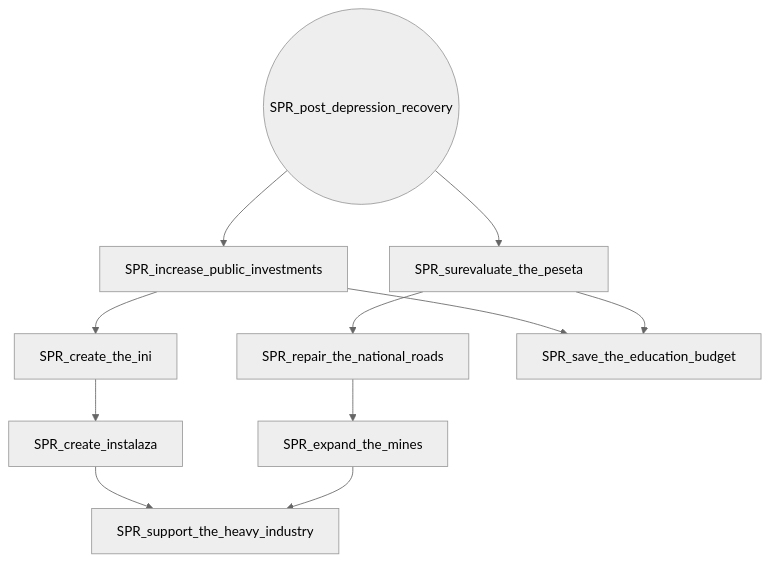
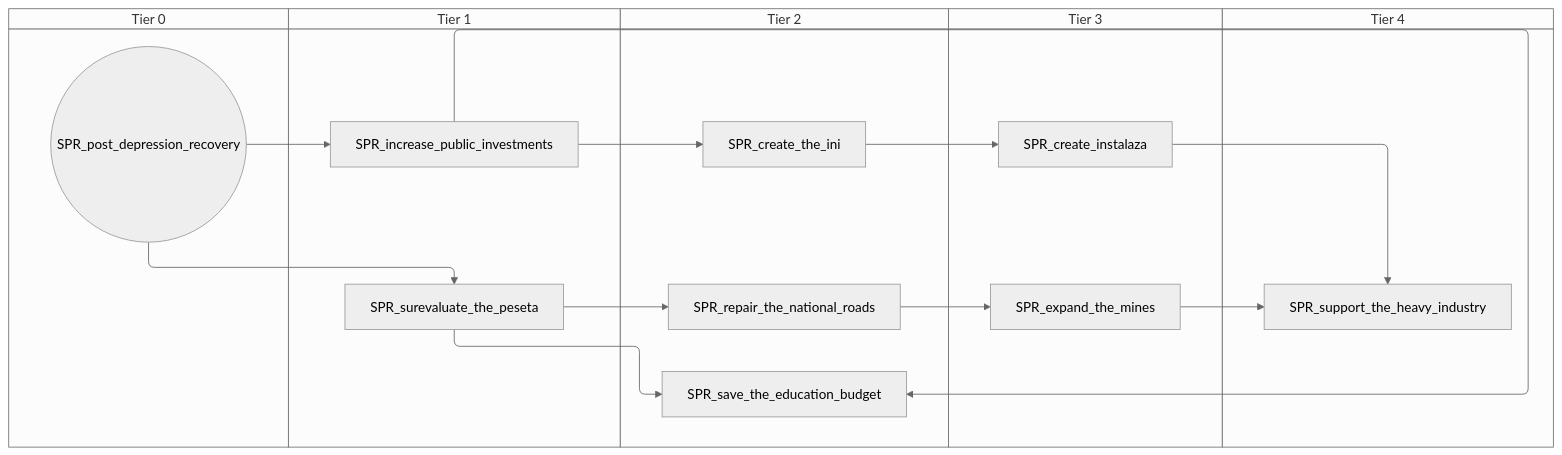
The sixth of 6 diagrams in docs/gdd/National Focuses/r56_spain.md (evgeny-sobol/hoi4-sandbox-mode-r56), drawn with Mermaid (neutral theme) before and after one commit. The commit also changed other lines of this file and 423 other files, not shown here.

First line of the commit message:
Re-export Rt56 focus trees as swimlane diagrams

````diff
--- a/docs/gdd/National Focuses/r56_spain.md
+++ b/docs/gdd/National Focuses/r56_spain.md
@@ -137,22 +205,32 @@
 ```mermaid
-flowchart TD
-    n49["SPR_create_instalaza"]
-    n50["SPR_create_the_ini"]
-    n51["SPR_expand_the_mines"]
-    n52["SPR_increase_public_investments"]
-    n53(("SPR_post_depression_recovery"))
-    n54["SPR_repair_the_national_roads"]
-    n55["SPR_save_the_education_budget"]
-    n56["SPR_support_the_heavy_industry"]
-    n57["SPR_surevaluate_the_peseta"]
-    n50 --> n49
-    n52 --> n50
-    n54 --> n51
-    n53 --> n52
-    n57 --> n54
+swimlane-beta TD
+    subgraph tier_0["Tier 0"]
+        n49(("SPR_post_depression_recovery"))
+    end
+    subgraph tier_1["Tier 1"]
+        n50["SPR_increase_public_investments"]
+        n51["SPR_surevaluate_the_peseta"]
+    end
+    subgraph tier_2["Tier 2"]
+        n52["SPR_create_the_ini"]
+        n53["SPR_repair_the_national_roads"]
+        n54["SPR_save_the_education_budget"]
+    end
+    subgraph tier_3["Tier 3"]
+        n55["SPR_create_instalaza"]
+        n56["SPR_expand_the_mines"]
+    end
+    subgraph tier_4["Tier 4"]
+        n57["SPR_support_the_heavy_industry"]
+    end
     n52 --> n55
-    n57 --> n55
-    n49 --> n56
-    n51 --> n56
-    n53 --> n57
+    n50 --> n52
+    n53 --> n56
+    n49 --> n50
+    n51 --> n53
+    n50 --> n54
+    n51 --> n54
+    n55 --> n57
+    n56 --> n57
+    n49 --> n51
 ```
````
